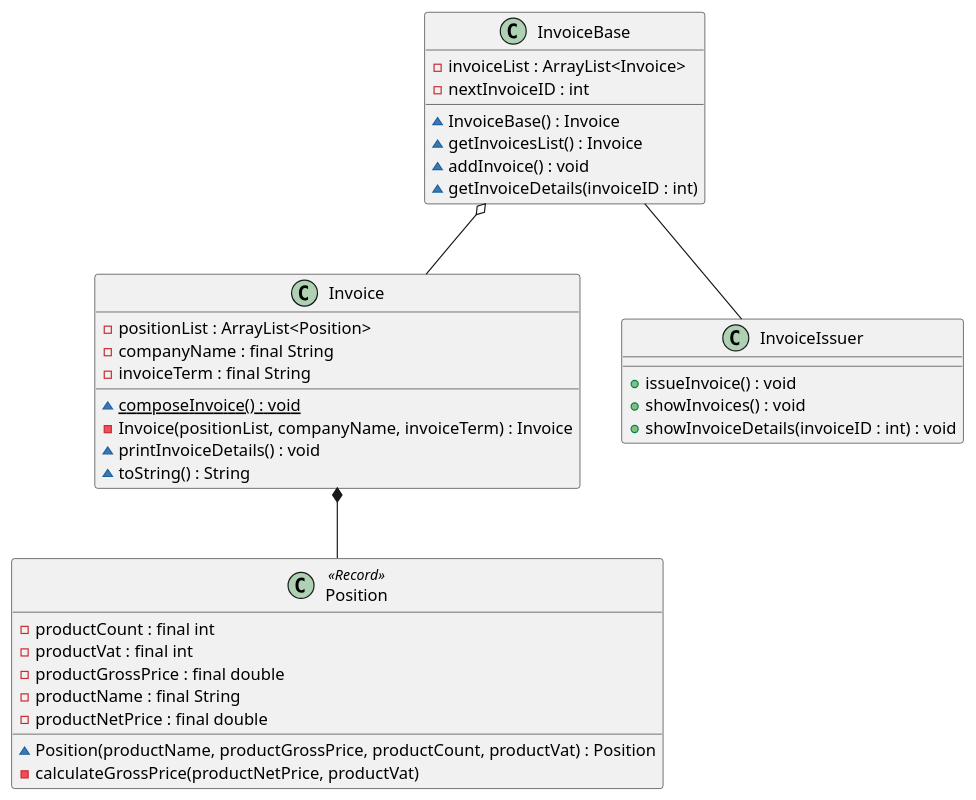
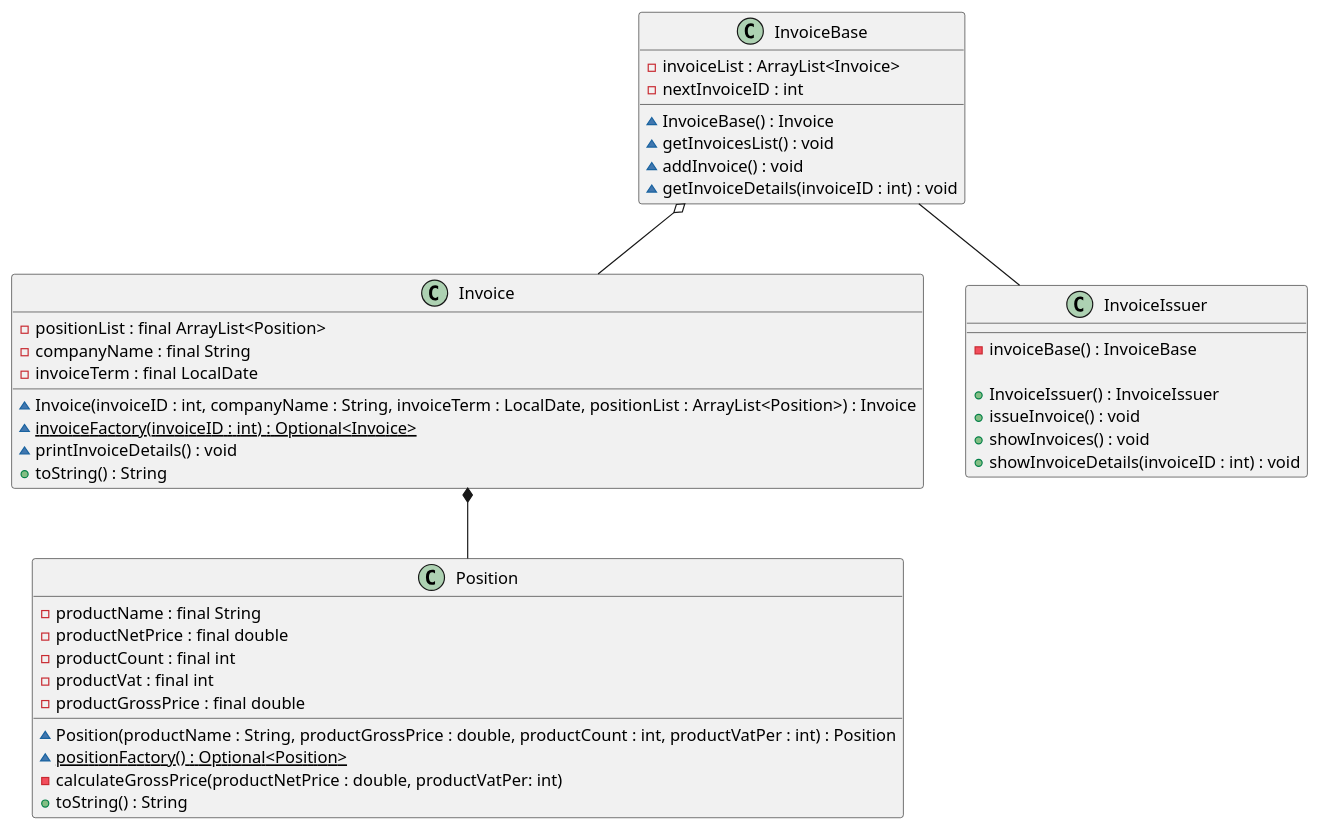
Before and after one commit to szlachtun/tp-lista-2: the diagram in docs/class.puml, drawn with PlantUML. The commit also changed 4 other files, not shown here.

Commit message:
fix diagrams

```diff
--- a/docs/class.puml
+++ b/docs/class.puml
@@ -1,43 +1,48 @@
 @startuml
 class InvoiceBase {
     -invoiceList : ArrayList<Invoice>
     -nextInvoiceID : int
 
     ~InvoiceBase() : Invoice
-    ~getInvoicesList() : Invoice
+    ~getInvoicesList() : void
     ~addInvoice() : void
-    ~getInvoiceDetails(invoiceID : int)
+    ~getInvoiceDetails(invoiceID : int) : void
 }
 
 class Invoice {
-    ~{static}composeInvoice() : void
-    -positionList : ArrayList<Position>
+    -positionList : final ArrayList<Position>
     -companyName : final String
-    -invoiceTerm : final String
+    -invoiceTerm : final LocalDate
 
-    -Invoice(positionList, companyName, invoiceTerm) : Invoice
+    ~Invoice(invoiceID : int, companyName : String, invoiceTerm : LocalDate, positionList : ArrayList<Position>) : Invoice
+    ~{static}invoiceFactory(invoiceID : int) : Optional<Invoice>
     ~printInvoiceDetails() : void
-    ~toString() : String
+    +toString() : String
 }
 
-class Position <<Record>> {
+class Position {
+    -productName : final String
+    -productNetPrice : final double
     -productCount : final int
     -productVat : final int
     -productGrossPrice : final double
-    -productName : final String
-    -productNetPrice : final double
 
-    ~Position(productName, productGrossPrice, productCount, productVat) : Position
-    -calculateGrossPrice(productNetPrice, productVat)
+    ~Position(productName : String, productGrossPrice : double, productCount : int, productVatPer : int) : Position
+    ~{static}positionFactory() : Optional<Position>
+    -calculateGrossPrice(productNetPrice : double, productVatPer: int)
+    +toString() : String
 }
 
 class InvoiceIssuer {
+    -invoiceBase() : InvoiceBase
+
+    +InvoiceIssuer() : InvoiceIssuer
     +issueInvoice() : void
     +showInvoices() : void
     +showInvoiceDetails(invoiceID : int) : void
 }
 
 InvoiceBase -- InvoiceIssuer
 InvoiceBase o-- Invoice
 Invoice *-- Position
 @enduml
```
